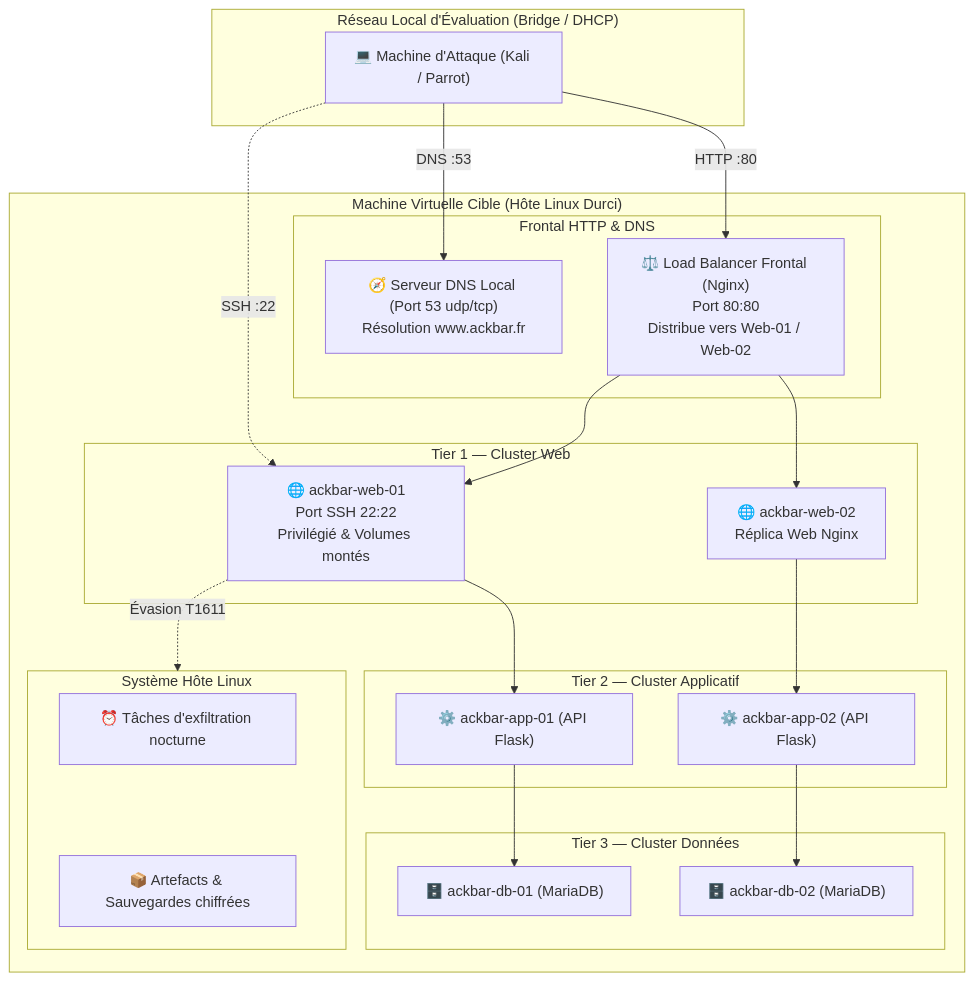
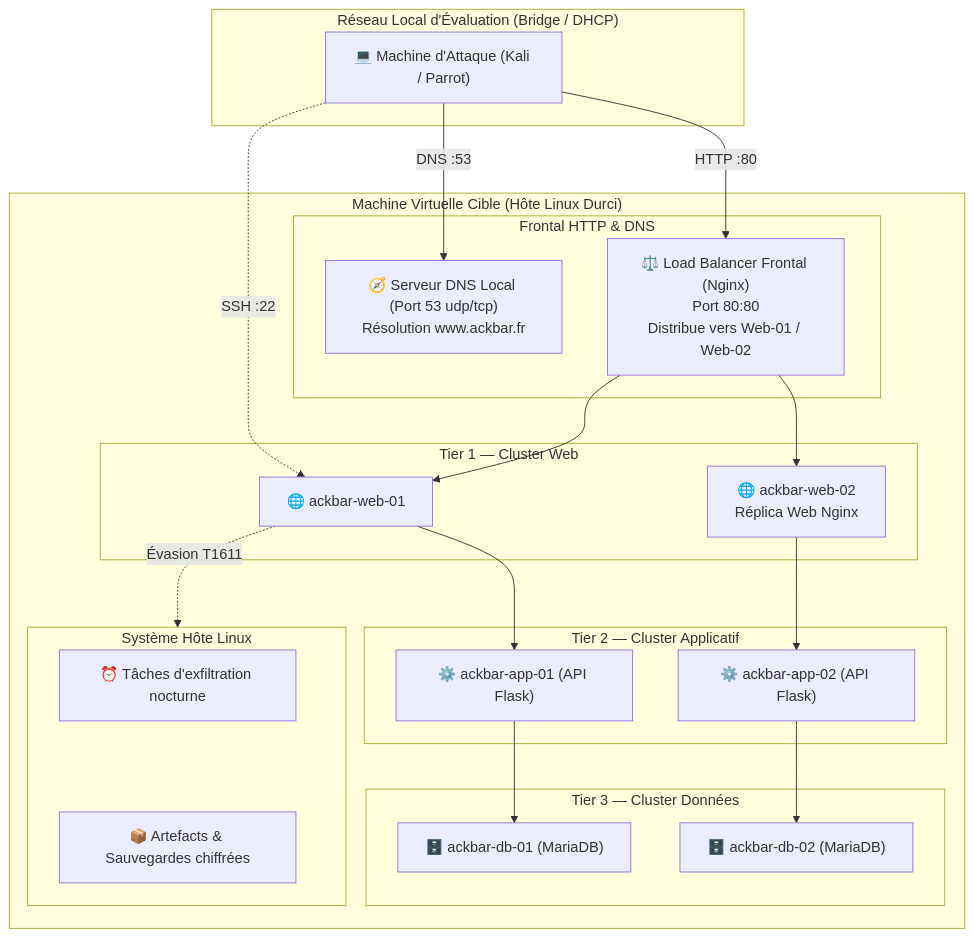
One commit to Belkoruh/wargame changed the diagram in README.md. Above: the diagram before and after it, drawn with Mermaid.

````diff
--- a/README.md
+++ b/README.md
@@ -54,46 +54,46 @@
 ```mermaid
 flowchart TD
     subgraph LAN["Réseau Local d'Évaluation (Bridge / DHCP)"]
         Attacker["💻 Machine d'Attaque (Kali / Parrot)"]
     end
 
     subgraph TargetVM["Machine Virtuelle Cible (Hôte Linux Durci)"]
         subgraph Frontal["Frontal HTTP & DNS"]
             DNS["🧭 Serveur DNS Local (Port 53 udp/tcp)<br/>Résolution www.ackbar.fr"]
             LB["⚖️ Load Balancer Frontal (Nginx)<br/>Port 80:80<br/>Distribue vers Web-01 / Web-02"]
         end
 
         subgraph Tier1["Tier 1 — Cluster Web"]
-            Web1["🌐 ackbar-web-01<br/>Port SSH 22:22<br/>Privilégié & Volumes montés"]
+            Web1["🌐 ackbar-web-01<br/>"]
             Web2["🌐 ackbar-web-02<br/>Réplica Web Nginx"]
         end
 
         subgraph Tier2["Tier 2 — Cluster Applicatif"]
             App1["⚙️ ackbar-app-01 (API Flask)"]
             App2["⚙️ ackbar-app-02 (API Flask)"]
         end
 
         subgraph Tier3["Tier 3 — Cluster Données"]
             DB1["🗄️ ackbar-db-01 (MariaDB)"]
             DB2["🗄️ ackbar-db-02 (MariaDB)"]
         end
 
         subgraph HostOS["Système Hôte Linux"]
             Cron["⏰ Tâches d'exfiltration nocturne"]
             Artifacts["📦 Artefacts & Sauvegardes chiffrées"]
         end
     end
 
     Attacker -->|HTTP :80| LB
     Attacker -->|DNS :53| DNS
     Attacker -.->|SSH :22| Web1
     LB --> Web1
     LB --> Web2
     Web1 --> App1
     Web2 --> App2
     App1 --> DB1
     App2 --> DB2
     Web1 -.->|Évasion T1611| HostOS
     HostOS --- Cron
     HostOS --- Artifacts
 ```
````
